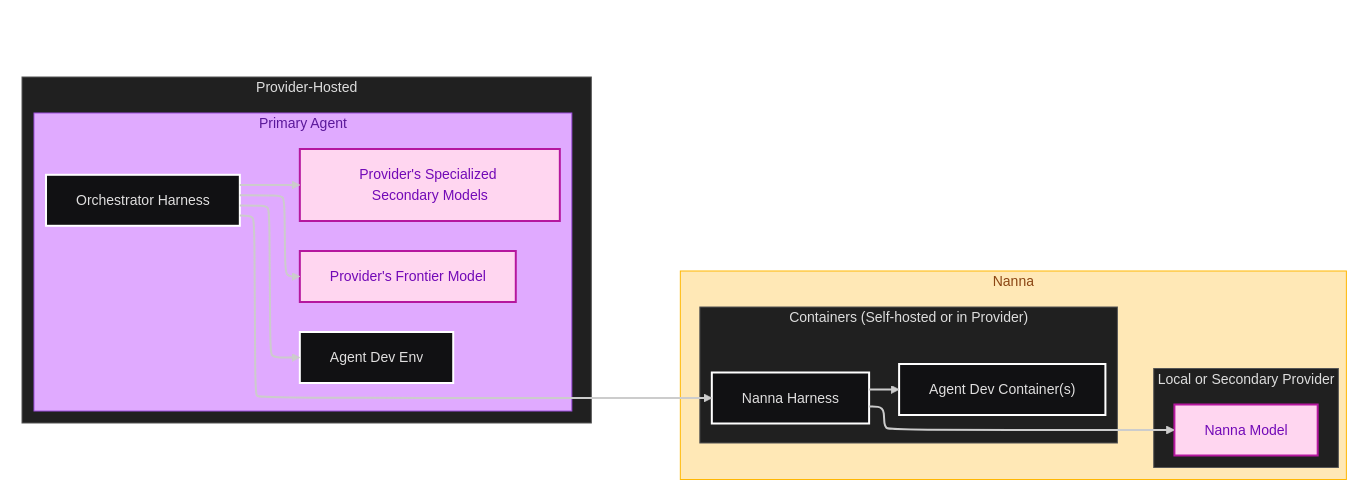
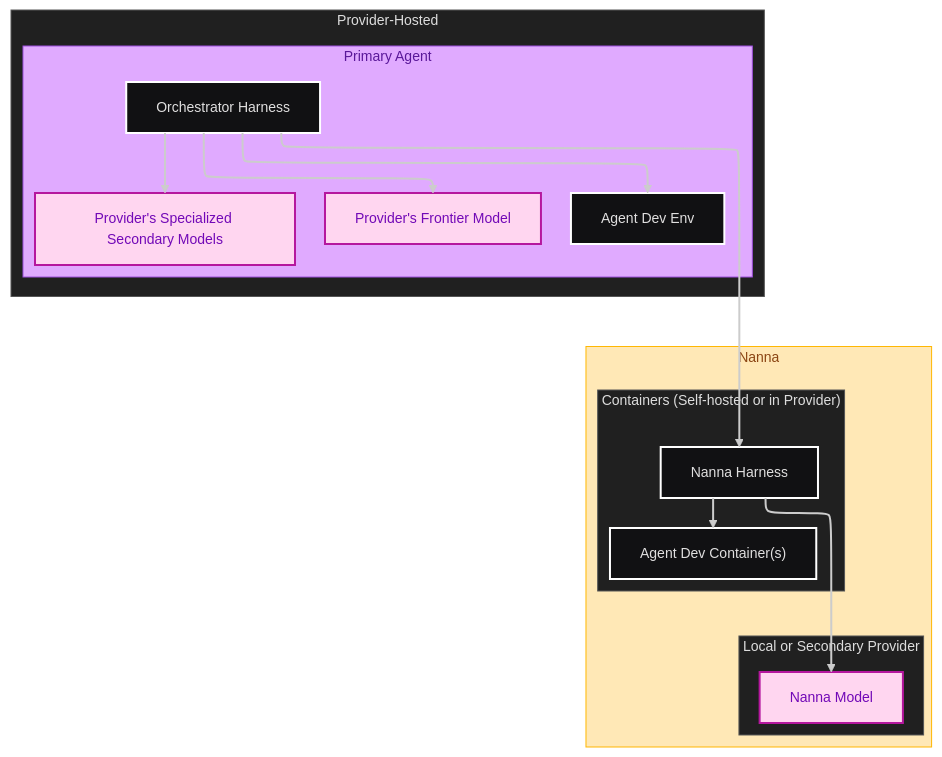
The first of 3 diagrams in ARCHITECTURE.md (DominicBurkart/nanna-coder), drawn with Mermaid before and after one commit.

Commit message:
revert to flowchart TD, drop wrapper subgraphs, fix edge order
Per PR review: flowchart TD with elk + OrchestratorHarness-->NannaHarness
declared before NannaHarness-->NannaModel produces provider-left nanna-right
visual ordering. Remove invisible wrapper subgraphs which were unnecessary.

https://claude.ai/code/session_011wZpuaQGCues6apwVW7cRA

````diff
--- a/ARCHITECTURE.md
+++ b/ARCHITECTURE.md
@@ -7,56 +7,50 @@
 ```mermaid
 ---
 config:
   theme: redux-dark
   layout: elk
 ---
-flowchart LR
-    subgraph leftCol[" "]
-        %% Provider side
-        subgraph ProviderHosted["Provider-Hosted"]
-            subgraph ProviderAgent["Primary Agent"]
-                OrchestratorHarness["Orchestrator Harness"]
-                OrchestratorModel["Provider's Frontier Model"]
-                OrchestratorSecondaryModel["Provider's Specialized Secondary Models"]
-                OrchestratorHarness --> OrchestratorModel
-                OrchestratorHarness --> OrchestratorSecondaryModel
-                ProviderDevEnv["Agent Dev Env"]
-            end
-            OrchestratorHarness --> ProviderDevEnv
+flowchart TD
+    %% Provider side
+    subgraph ProviderHosted["Provider-Hosted"]
+        subgraph ProviderAgent["Primary Agent"]
+            OrchestratorHarness["Orchestrator Harness"]
+            OrchestratorModel["Provider's Frontier Model"]
+            OrchestratorSecondaryModel["Provider's Specialized Secondary Models"]
+            OrchestratorHarness --> OrchestratorModel
+            OrchestratorHarness --> OrchestratorSecondaryModel
+            ProviderDevEnv["Agent Dev Env"]
         end
+        OrchestratorHarness --> ProviderDevEnv
     end
 
-    subgraph rightCol[" "]
-        %% Nanna side (Self-hosted or in Provider)
-        subgraph Nanna["Nanna"]
-            subgraph NannaDev["Containers (Self-hosted or in Provider)"]
-                NannaHarness["Nanna Harness"]
-                NannaDevEnv["Agent Dev Container(s)"]
-                NannaHarness --> NannaDevEnv
-            end
-            subgraph GatewayHosted["Local or Secondary Provider"]
-                NannaModel["Nanna Model"]
-            end
+    %% Nanna side (Self-hosted or in Provider)
+    subgraph Nanna["Nanna"]
+        subgraph NannaDev["Containers (Self-hosted or in Provider)"]
+            NannaHarness["Nanna Harness"]
+            NannaDevEnv["Agent Dev Container(s)"]
+            NannaHarness --> NannaDevEnv
+        end
+        subgraph GatewayHosted["Local or Secondary Provider"]
+            NannaModel["Nanna Model"]
         end
     end
 
     %% Connections between orchestration layers
     OrchestratorHarness --> NannaHarness
-    
+
     %% Optional external model provider for Nanna
     NannaHarness --> NannaModel
 
     %% Classes
     classDef area fill:#202020,stroke:#555,stroke-width:1px,color:#DDD
     classDef orchestrator stroke:#9D4EDD,fill:#E0AAFF,color:#5A189A
     classDef subagent stroke:#46EDC8,fill:#DEFFF8,color:#378E7A
     classDef nanna stroke:#FFB703,fill:#FFE8B6,color:#8B4513
     classDef model stroke:#B5179E,fill:#FFD6F0,color:#7209B7
-    classDef invisible fill:none,stroke:none,color:none
 
     class ProviderHosted,NannaDev,GatewayHosted area
     class ProviderAgent orchestrator
     class Nanna nanna
     class NannaModel,OrchestratorModel,OrchestratorSecondaryModel model
-    class leftCol,rightCol invisible
 ```
````
